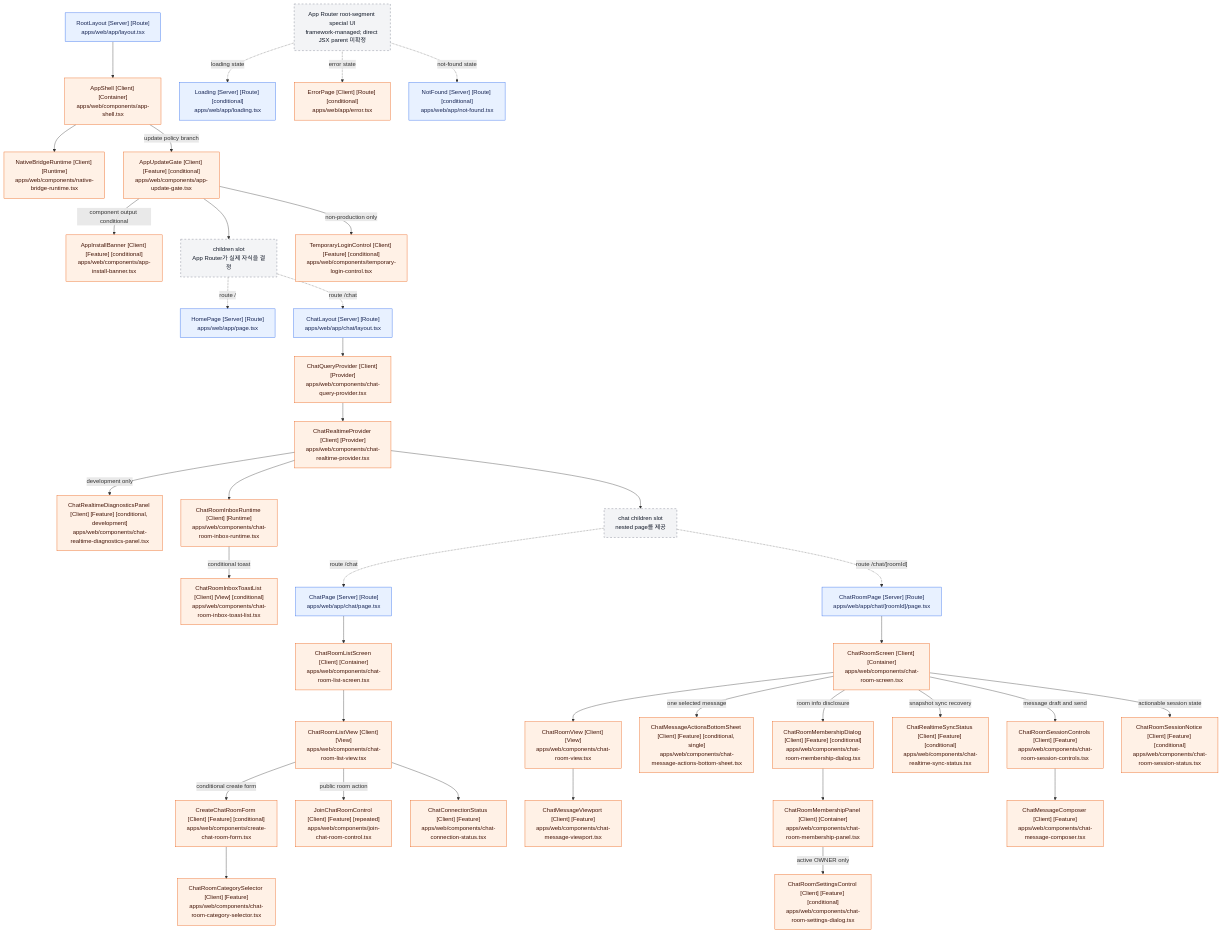
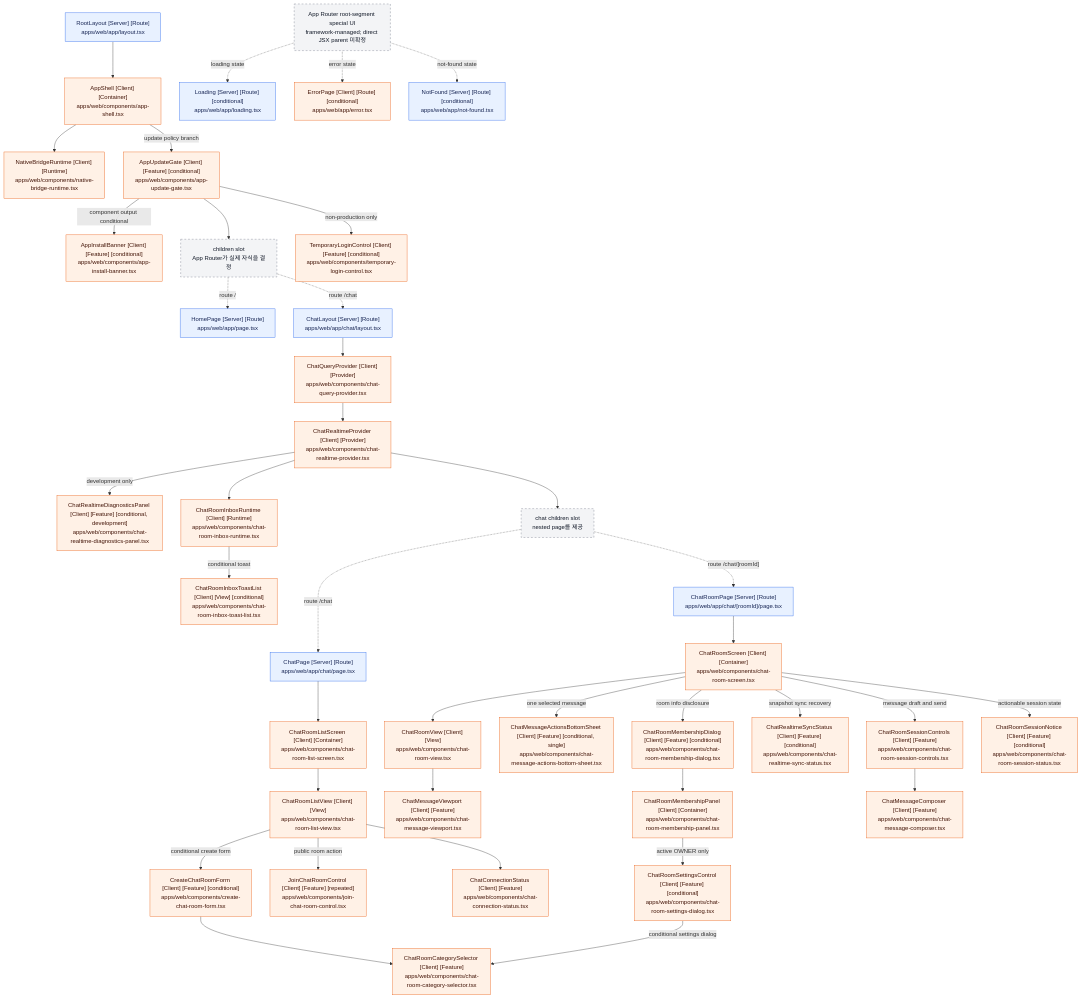
Before and after one commit to mokpombc17-coder/CIVIC-AI: the diagram in docs/architecture/react-component-tree.md, drawn with Mermaid. The commit also changed other lines of this file and 5 other files, not shown here.

Commit message:
feat(web): update room categories in settings

```diff
--- a/docs/architecture/react-component-tree.md
+++ b/docs/architecture/react-component-tree.md
@@ -239,6 +240,7 @@
     ChatRoomScreen -->|"room info disclosure"| ChatRoomMembershipDialog
     ChatRoomMembershipDialog --> ChatRoomMembershipPanel
     ChatRoomMembershipPanel -->|"active OWNER only"| ChatRoomSettingsControl
+    ChatRoomSettingsControl -->|"conditional settings dialog"| ChatRoomCategorySelector
 
     SpecialBoundary -. "loading state" .-> Loading
     SpecialBoundary -. "error state" .-> ErrorPage
```
